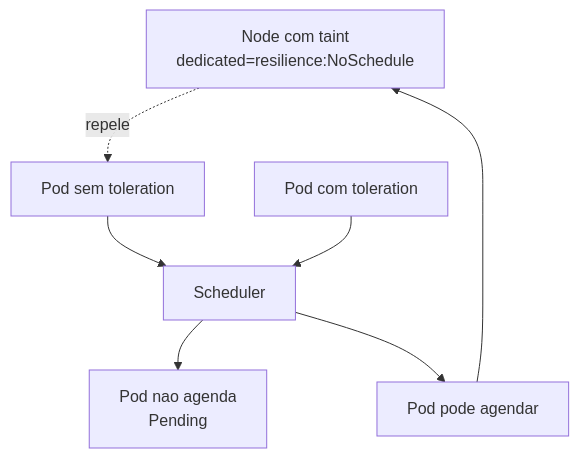
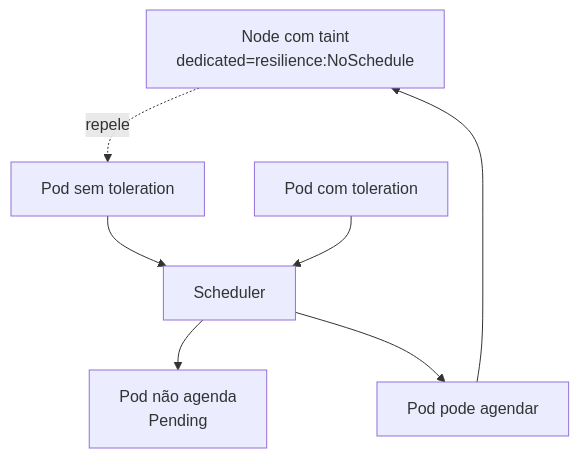
One commit to brodyandre/kubernetes-resilience-ha-lab changed the third of 4 diagrams in README.md. Above: the diagram before and after it, drawn with Mermaid. The commit also changed other lines of this file, not shown here.

````diff
--- a/README.md
+++ b/README.md
@@ -134,14 +134,14 @@
 ```mermaid
 flowchart TD
   N[Node com taint<br/>dedicated=resilience:NoSchedule]
   P1[Pod sem toleration]
   P2[Pod com toleration]
-  X[Pod nao agenda<br/>Pending]
+  X[Pod não agenda<br/>Pending]
   S[Scheduler]
   OK[Pod pode agendar]
 
   N -. repele .-> P1
   P1 --> S --> X
   P2 --> S --> OK
   OK --> N
 ```
````
